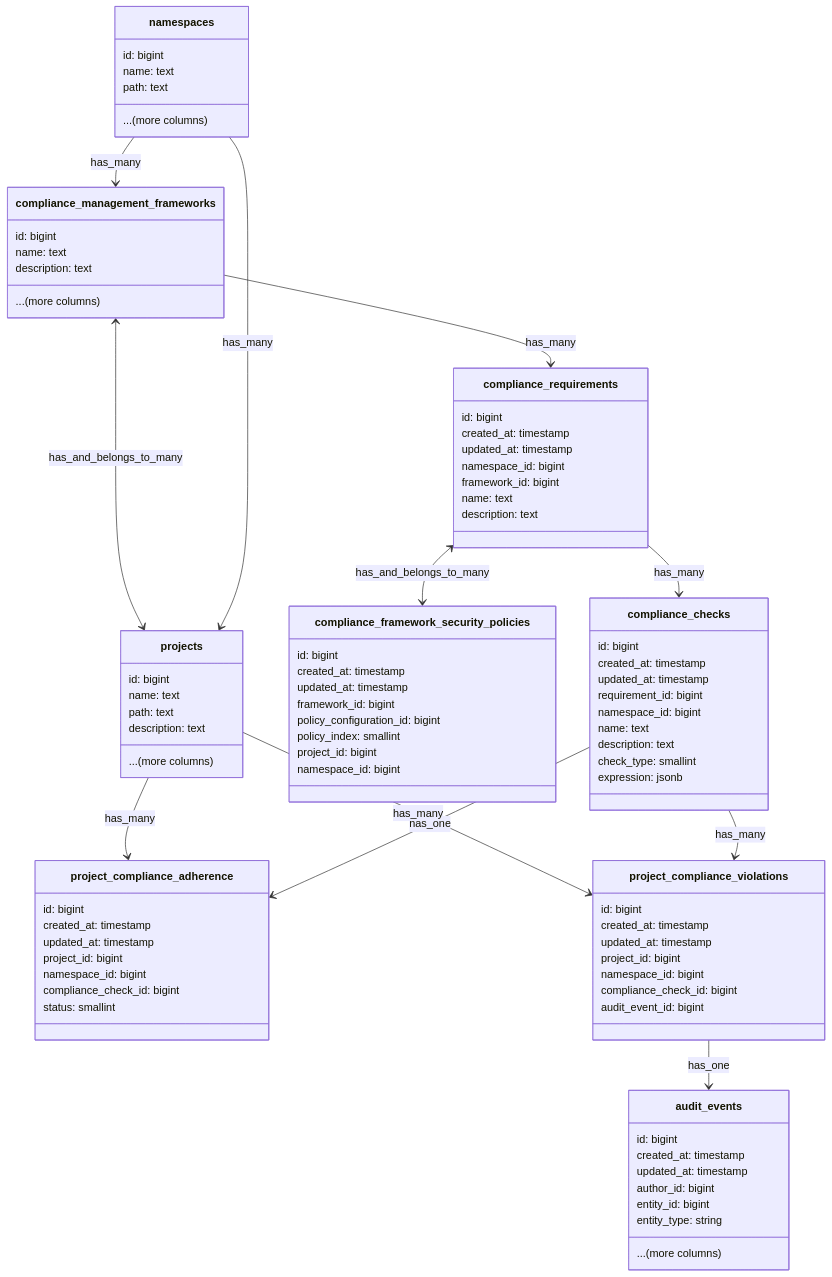
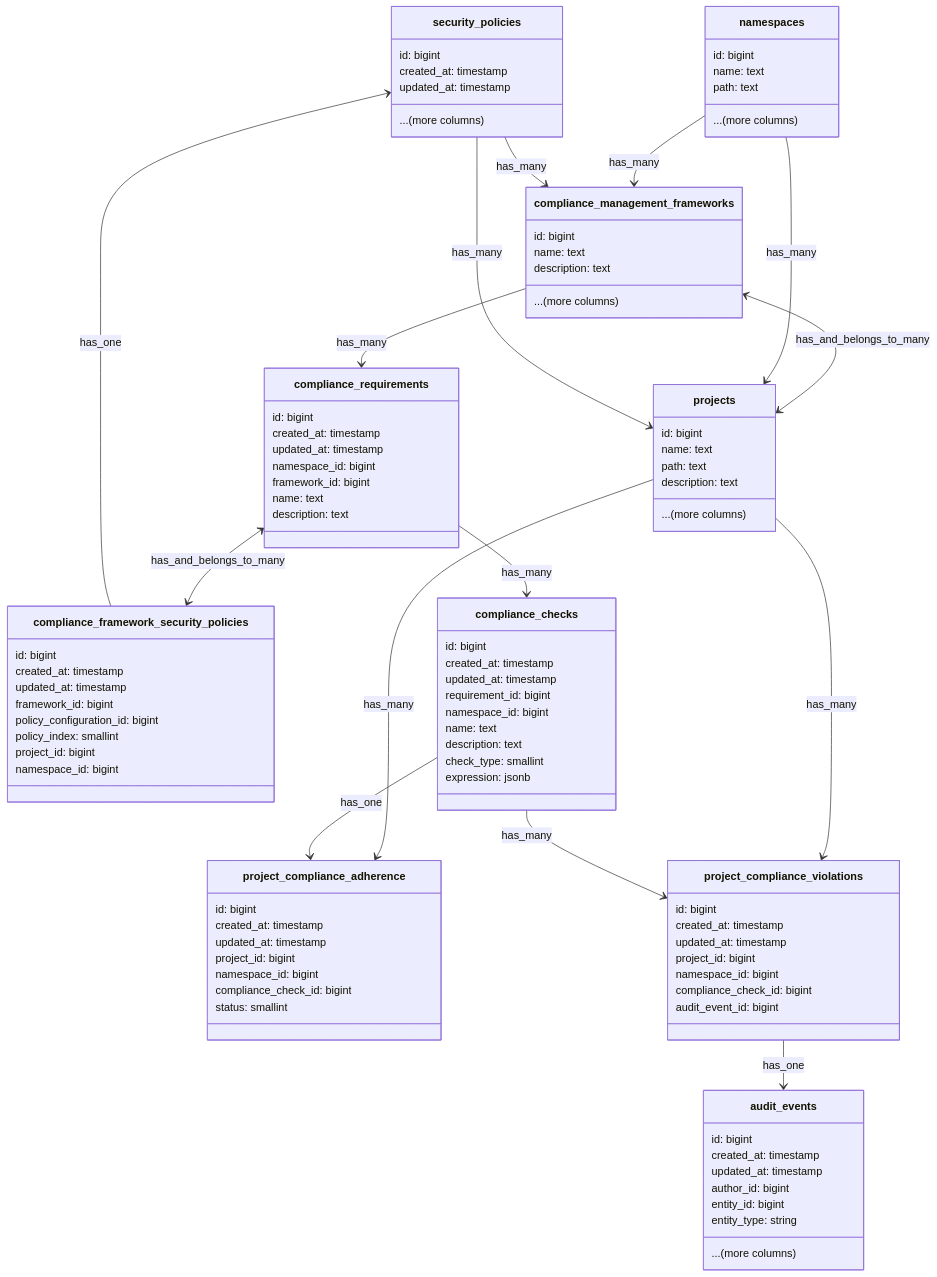
The diagram in content/handbook/engineering/architecture/design-documents/compliance-frameworks/decisions/004_violation_as_audit_events.md (moliver28/research-handbook), drawn with Mermaid before and after one commit.

Commit message:
Add security policies table

````diff
--- a/content/handbook/engineering/architecture/design-documents/compliance-frameworks/decisions/004_violation_as_audit_events.md
+++ b/content/handbook/engineering/architecture/design-documents/compliance-frameworks/decisions/004_violation_as_audit_events.md
@@ -105,6 +105,13 @@
     ...(more columns)
 }
 
+class security_policies {
+    id: bigint
+    created_at: timestamp
+    updated_at: timestamp
+    ...(more columns)
+}
+
 compliance_requirements --> compliance_checks : has_many
 compliance_requirements <--> compliance_framework_security_policies : has_and_belongs_to_many
 compliance_management_frameworks --> compliance_requirements : has_many
@@ -116,4 +123,7 @@
 projects --> project_compliance_violations : has_many
 compliance_checks --> project_compliance_violations : has_many
 project_compliance_violations --> audit_events : has_one
+security_policies --> projects : has_many
+security_policies --> compliance_management_frameworks : has_many
+security_policies <-- compliance_framework_security_policies : has_one
 ```
````
